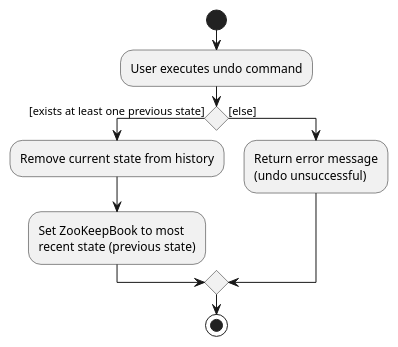
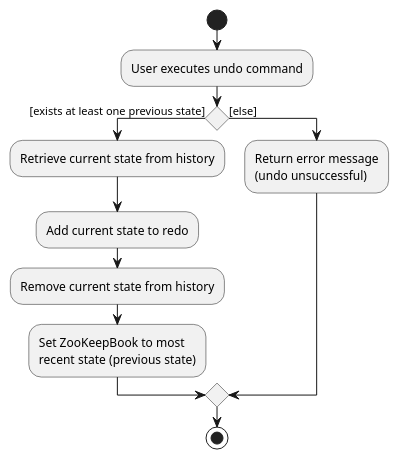
One commit to nus-cs2103-AY2021S1/tp changed the diagram in docs/diagrams/UndoCommandActivityDiagram.puml. Above: the diagram before and after it, drawn with PlantUML. The commit also changed 16 other files, not shown here.

Commit message:
Add UML diagrams to DG

```diff
--- a/docs/diagrams/UndoCommandActivityDiagram.puml
+++ b/docs/diagrams/UndoCommandActivityDiagram.puml
@@ -1,17 +1,19 @@
 @startuml
 start
 :User executes undo command;
 
 'Since the beta syntax does not support placing the condition outside the
 'diamond we place it as the true branch instead.
 
 if () then ([exists at least one previous state])
+    :Retrieve current state from history;
+    :Add current state to redo;
     :Remove current state from history;
     :Set ZooKeepBook to most
     recent state (previous state);
 else ([else])
     :Return error message
     (undo unsuccessful);
 endif
 stop
 @enduml
```
